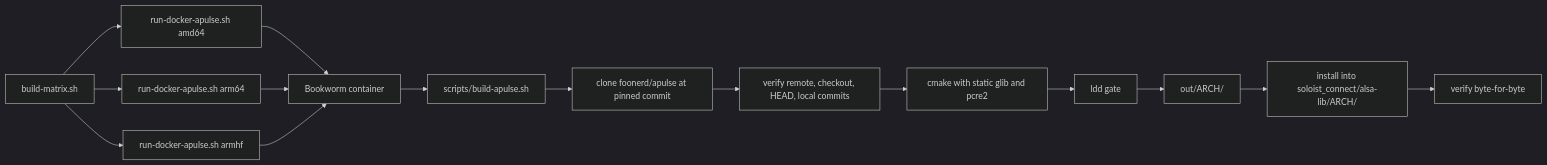
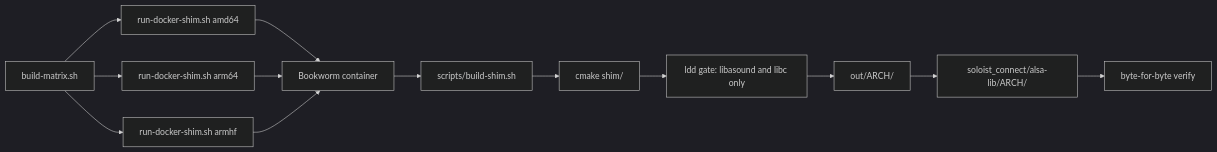
One commit to foonerd/alsa_soloist_connect changed the second of 4 diagrams in README.md. Above: the diagram before and after it, drawn with Mermaid (dark theme). The commit also changed other lines of this file and 66 other files, not shown here.

First line of the commit message:
feat(shim): replace apulse with in-tree Pulse shim 0.2.0

````diff
--- a/README.md
+++ b/README.md
@@ -73,17 +75,15 @@
 ```mermaid
 flowchart LR
-    A["build-matrix.sh"] --> B["run-docker-apulse.sh amd64"]
-    A --> C["run-docker-apulse.sh arm64"]
-    A --> D["run-docker-apulse.sh armhf"]
-    B --> E["Bookworm container"]
-    C --> E
-    D --> E
-    E --> F["scripts/build-apulse.sh"]
-    F --> G["clone foonerd/apulse at pinned commit"]
-    G --> H["verify remote, checkout, HEAD, local commits"]
-    H --> I["cmake with static glib and pcre2"]
-    I --> J["ldd gate"]
-    J --> K["out/ARCH/"]
-    K --> L["install into soloist_connect/alsa-lib/ARCH/"]
-    L --> M["verify byte-for-byte"]
+    Matrix["build-matrix.sh"] --> Amd64["run-docker-shim.sh amd64"]
+    Matrix --> Arm64["run-docker-shim.sh arm64"]
+    Matrix --> Armhf["run-docker-shim.sh armhf"]
+    Amd64 --> Bookworm["Bookworm container"]
+    Arm64 --> Bookworm
+    Armhf --> Bookworm
+    Bookworm --> Build["scripts/build-shim.sh"]
+    Build --> Cmake["cmake shim/"]
+    Cmake --> Gate["ldd gate: libasound and libc only"]
+    Gate --> Out["out/ARCH/"]
+    Out --> Install["soloist_connect/alsa-lib/ARCH/"]
+    Install --> Verify["byte-for-byte verify"]
 ```
````
